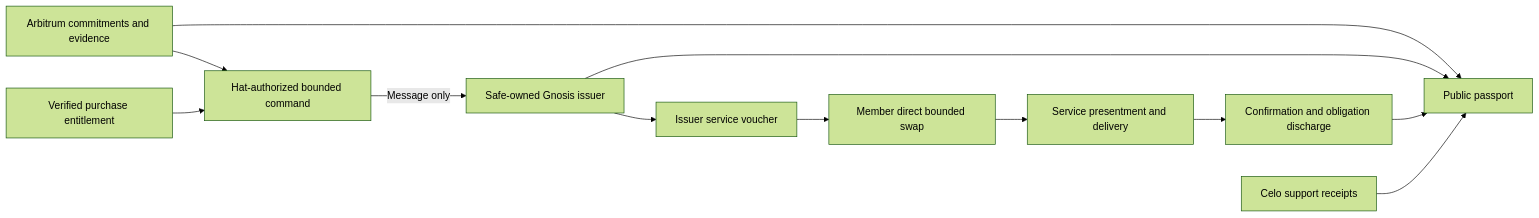
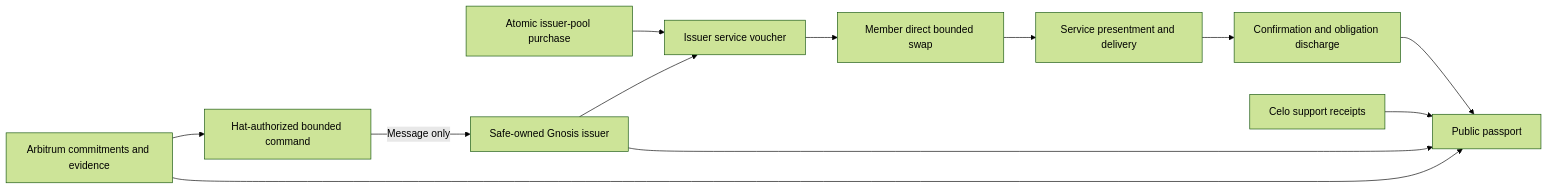
Before and after one commit to greenpill-dev-guild/green-goods: the diagram in .plans/backlog/cosmo-local-credit-interop/spec.md, drawn with Mermaid (forest theme). The commit also changed other lines of this file and 10 other files, not shown here.

````diff
--- a/.plans/backlog/cosmo-local-credit-interop/spec.md
+++ b/.plans/backlog/cosmo-local-credit-interop/spec.md
@@ -96,14 +118,14 @@
 ```mermaid
 flowchart LR
   A[Arbitrum commitments and evidence] --> B[Hat-authorized bounded command]
-  P[Verified purchase entitlement] --> B
+  P[Atomic issuer-pool purchase] --> D
   B -->|Message only| C[Safe-owned Gnosis issuer]
   C --> D[Issuer service voucher]
   D --> E[Member direct bounded swap]
   E --> F[Service presentment and delivery]
   F --> G[Confirmation and obligation discharge]
   A --> H[Public passport]
   C --> H
   G --> H
   S[Celo support receipts] --> H
 ```
````
